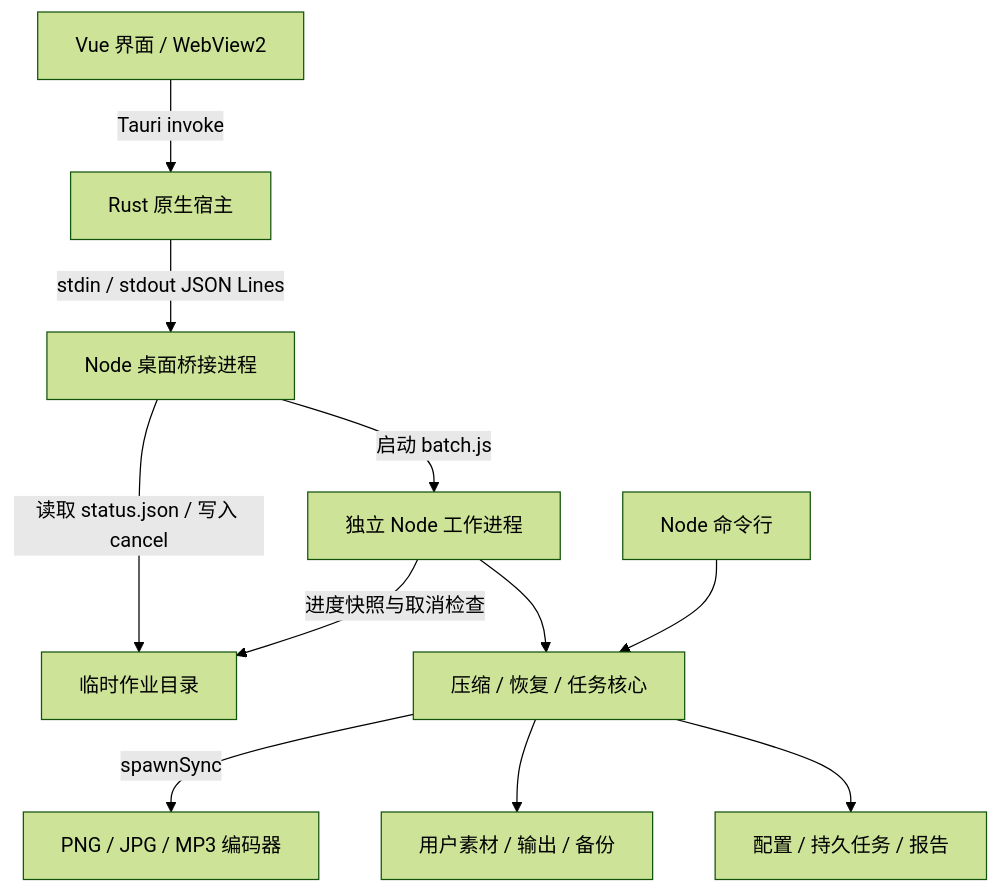
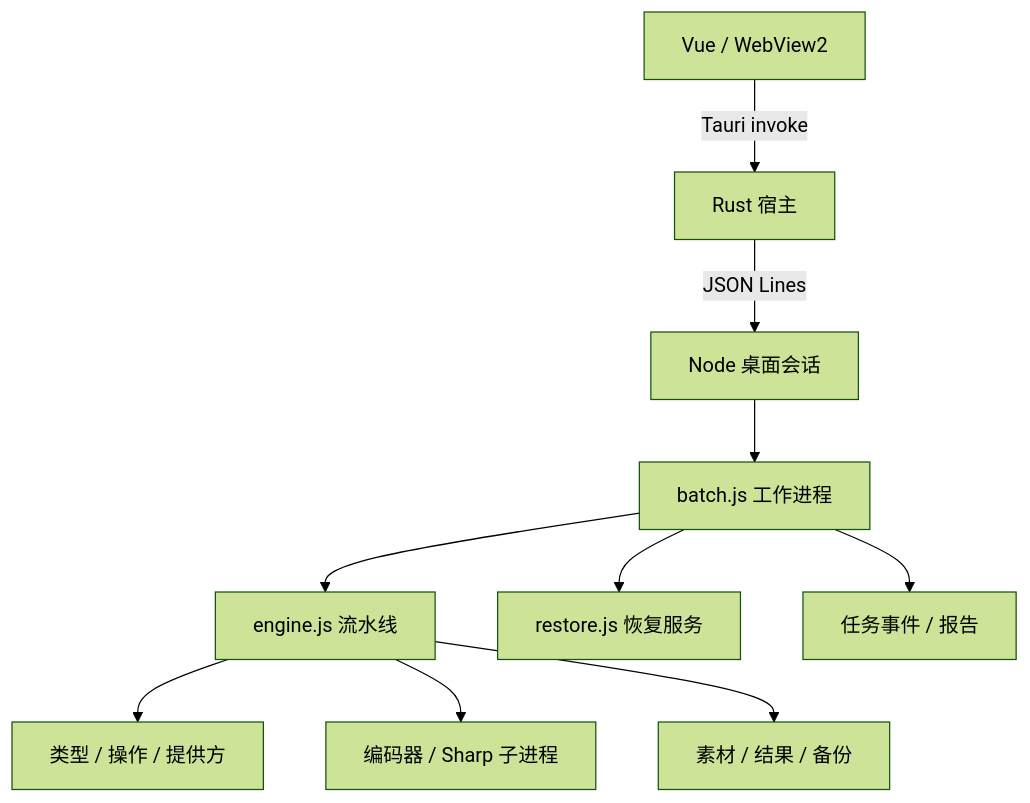
Before and after one commit to ISQIShI/AssetToolbox: the diagram in docs/architecture/overview.md, drawn with Mermaid (forest theme). The commit also changed other lines of this file and 84 other files, not shown here.

First line of the commit message:
feat(core)!: 实现资源处理扩展契约与图片缩放

````diff
--- a/docs/architecture/overview.md
+++ b/docs/architecture/overview.md
@@ -21,13 +7,12 @@
 ```mermaid
 flowchart TD
-    UI[Vue 界面 / WebView2] -->|Tauri invoke| Host[Rust 原生宿主]
-    Host -->|stdin / stdout JSON Lines| Bridge[Node 桌面桥接进程]
-    Bridge -->|启动 batch.js| Worker[独立 Node 工作进程]
-    Bridge -->|读取 status.json / 写入 cancel| Session[临时作业目录]
-    Worker -->|进度快照与取消检查| Session
-    Worker --> Core[压缩 / 恢复 / 任务核心]
-    Core -->|spawnSync| Encoder[PNG / JPG / MP3 编码器]
-    Core --> Files[用户素材 / 输出 / 备份]
-    Core --> Data[配置 / 持久任务 / 报告]
-    CLI[Node 命令行] --> Core
+    UI[Vue / WebView2] -->|Tauri invoke| Host[Rust 宿主]
+    Host -->|JSON Lines| Bridge[Node 桌面会话]
+    Bridge --> Worker[batch.js 工作进程]
+    Worker --> Engine[engine.js 流水线]
+    Engine --> Catalog[类型 / 操作 / 提供方]
+    Engine --> Tool[编码器 / Sharp 子进程]
+    Worker --> Restore[restore.js 恢复服务]
+    Worker --> Data[任务事件 / 报告]
+    Engine --> Files[素材 / 结果 / 备份]
 ```
````
